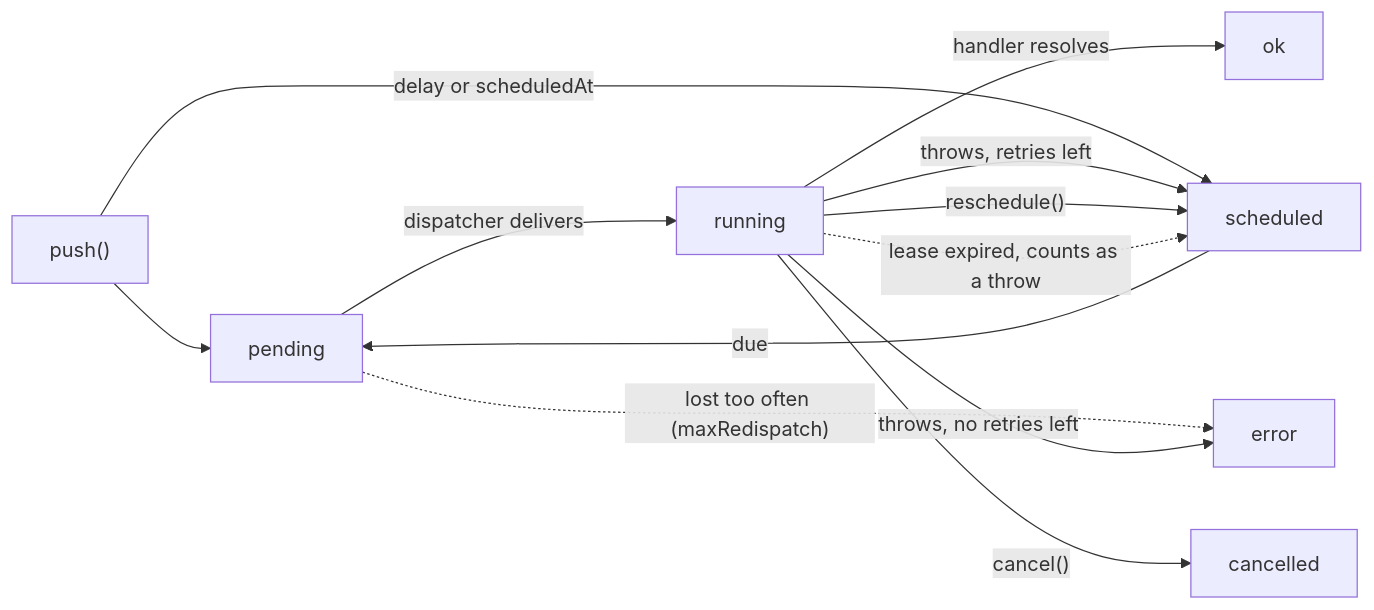
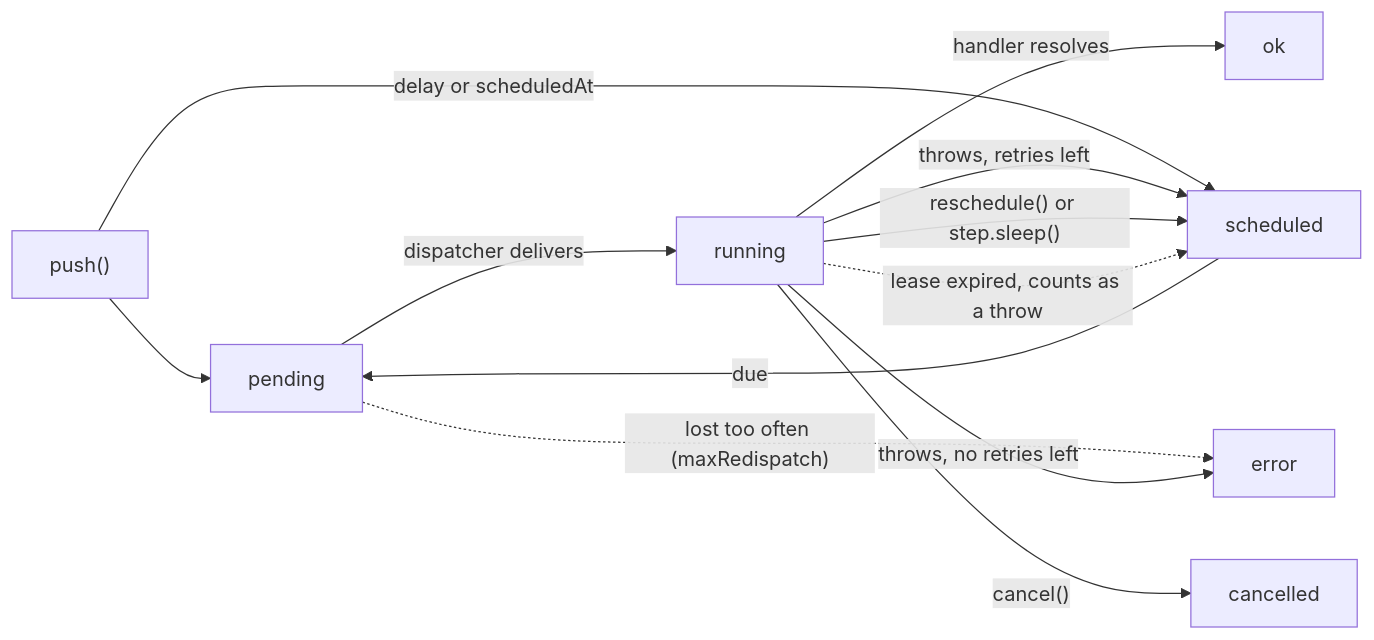
The diagram in framework/docs/1-guides/9-features/1-background-jobs.md (alepha-dev/alepha), drawn with Mermaid before and after one commit. The commit also changed other lines of this file and 5 other files, not shown here.

````diff
--- a/framework/docs/1-guides/9-features/1-background-jobs.md
+++ b/framework/docs/1-guides/9-features/1-background-jobs.md
@@ -26,14 +26,14 @@
 ```mermaid
 flowchart LR
   push["push()"] --> pending
   push -->|delay or scheduledAt| scheduled
   scheduled -->|due| pending
   pending -->|dispatcher delivers| running
   pending -.->|"lost too often (maxRedispatch)"| error
   running -->|handler resolves| ok
   running -->|throws, retries left| scheduled
   running -->|throws, no retries left| error
-  running -->|"reschedule()"| scheduled
+  running -->|"reschedule() or step.sleep()"| scheduled
   running -->|"cancel()"| cancelled
   running -.->|lease expired, counts as a throw| scheduled
 ```
````
